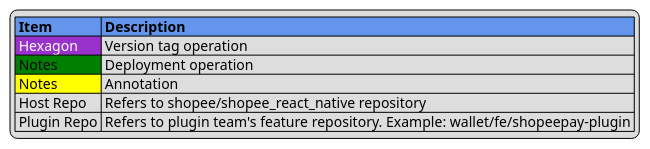
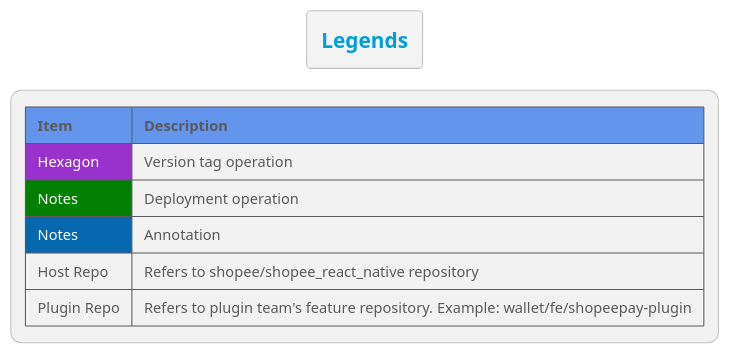
Before and after one commit to thetomitomo/diagrams: the diagram in src/RNReview/CodeMergeFlow/Legends.plantuml, drawn with PlantUML. The commit also changed 10 other files, not shown here.

Commit message:
RN irreg code merge flow

```diff
--- a/src/RNReview/CodeMergeFlow/Legends.plantuml
+++ b/src/RNReview/CodeMergeFlow/Legends.plantuml
@@ -1,10 +1,15 @@
 @startuml
+!theme bluegray
+skinparam FooterFontColor black
+
+title Legends
+
 legend top left
     |<#CornflowerBlue> **Item** |<#CornflowerBlue> **Description** |
     |<#DarkOrchid> <color #white>Hexagon</color> | Version tag operation |
-    |<#Green> Notes | Deployment operation |
-    |<#Yellow> Notes | Annotation |
+    |<#Green> <color #white>Notes</color> | Deployment operation |
+    |<#0568ae> <color #white>Notes</color> | Annotation |
     | Host Repo | Refers to shopee/shopee_react_native repository |
     | Plugin Repo | Refers to plugin team's feature repository. Example: wallet/fe/shopeepay-plugin |
 endlegend
 @enduml
```
